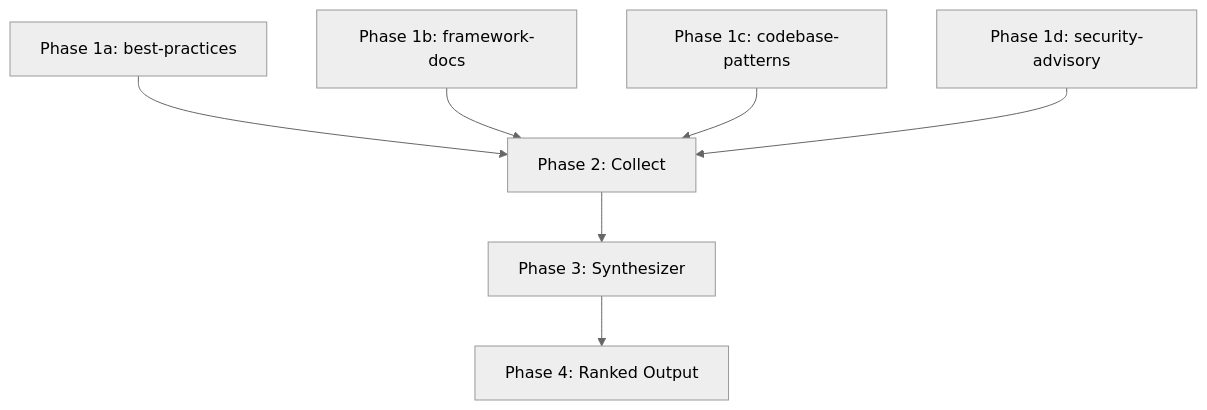
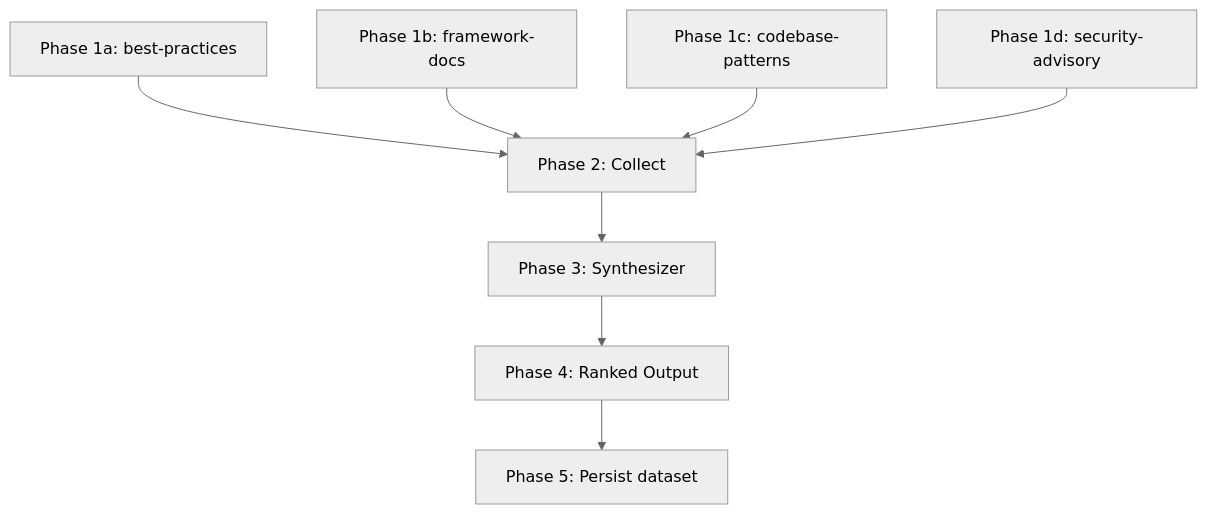
The diagram in skills/parallel-research/orchestrator.md (su-record/vibe), drawn with Mermaid (neutral theme) before and after one commit. The commit also changed other lines of this file and 6 other files, not shown here.

````diff
--- a/skills/parallel-research/orchestrator.md
+++ b/skills/parallel-research/orchestrator.md
@@ -38,9 +49,10 @@
 ```mermaid
 graph TD
     A[Phase 1a: best-practices] --> C[Phase 2: Collect]
     B[Phase 1b: framework-docs] --> C
     D[Phase 1c: codebase-patterns] --> C
     E[Phase 1d: security-advisory] --> C
     C --> F[Phase 3: Synthesizer]
     F --> G[Phase 4: Ranked Output]
+    G --> H[Phase 5: Persist dataset]
 ```
````
